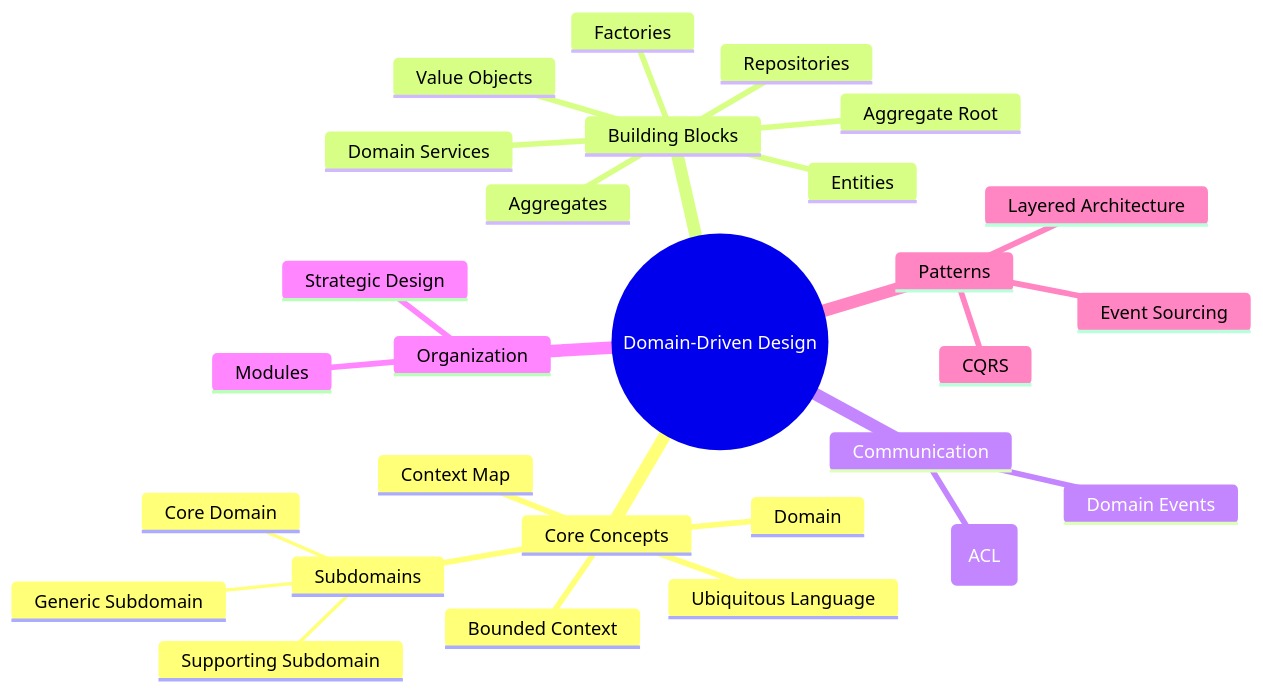
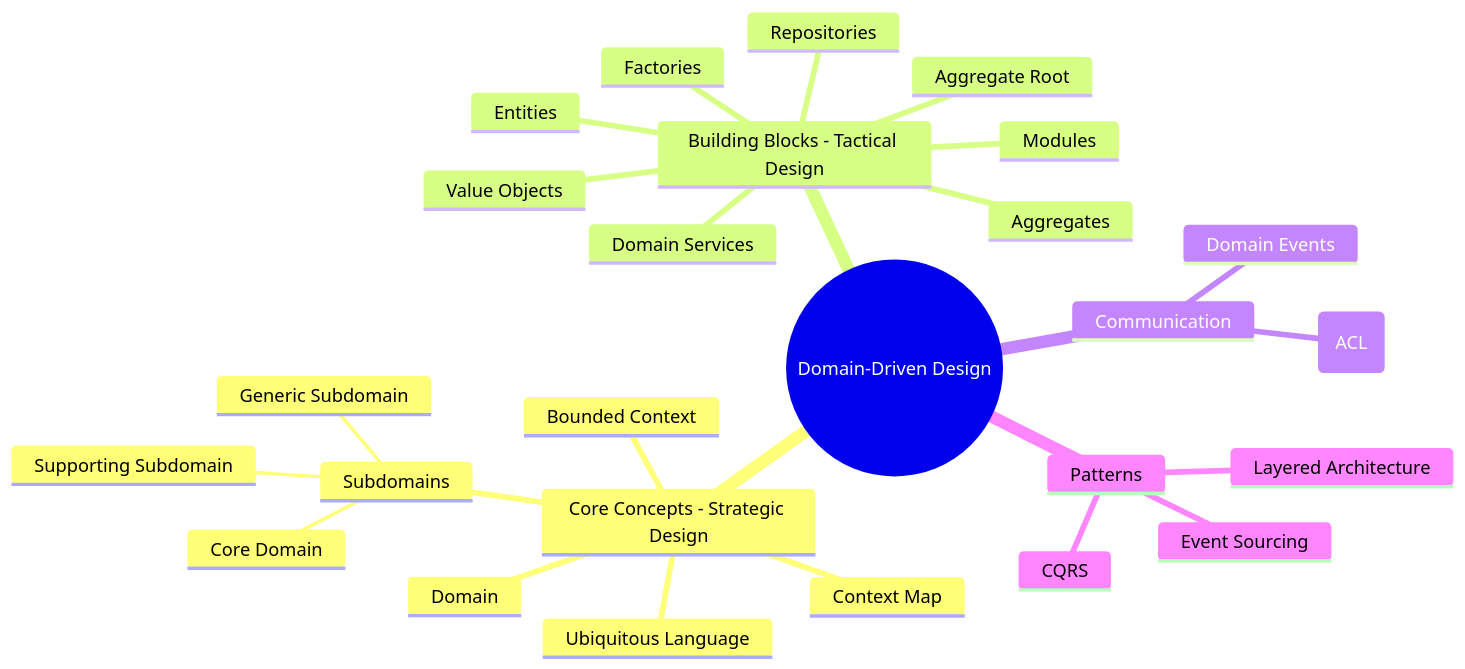
Before and after one commit to thinkaboutcode/knowledge-base: the diagram in architecture/architecture_ddd.md, drawn with Mermaid.

Commit message:
modified ddd mindmap

````diff
--- a/architecture/architecture_ddd.md
+++ b/architecture/architecture_ddd.md
@@ -3,31 +3,29 @@
 ```mermaid
 mindmap
   root((Domain-Driven Design))
-    Core Concepts
+    Core Concepts - Strategic Design
       Domain
       Ubiquitous Language
       Bounded Context
       Subdomains
         Core Domain
         Supporting Subdomain
         Generic Subdomain
       Context Map
-    Building Blocks
+    Building Blocks - Tactical Design
       Entities
       Value Objects
       Aggregates
       Aggregate Root
       Repositories
       Factories
       Domain Services
+      Modules
     Communication
       Domain Events
       Anti-Corruption Layer (ACL)
-    Organization
-      Modules
-      Strategic Design
     Patterns
       Layered Architecture
       CQRS
       Event Sourcing
 ```
````
